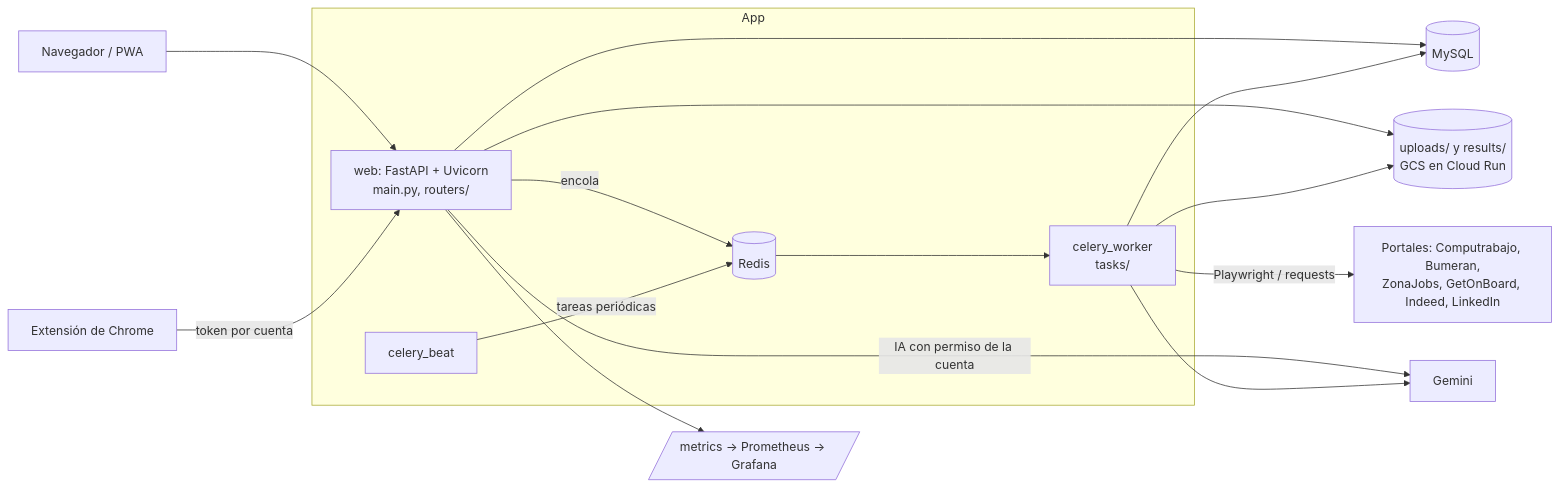
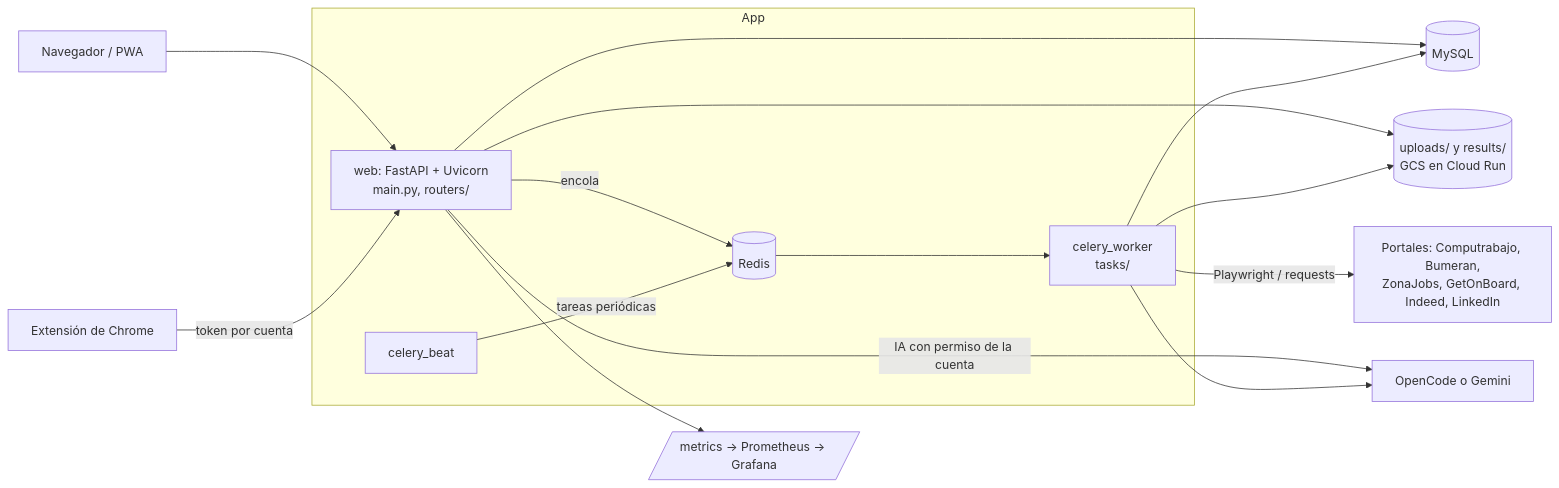
The diagram in docs/architecture.md (Fernandofarfan/ai-job-matching-platform), drawn with Mermaid before and after one commit. The commit also changed other lines of this file and 32 other files, not shown here.

Commit message:
feat(ia): OpenCode como proveedor de IA generativa en lugar de Gemini (AI_PROVIDER, OPENCODE_API_KEY)

````diff
--- a/docs/architecture.md
+++ b/docs/architecture.md
@@ -8,18 +8,18 @@
 ```mermaid
 flowchart LR
     U[Navegador / PWA] --> W
     X[Extensión de Chrome] -->|token por cuenta| W
     subgraph App
       W[web: FastAPI + Uvicorn<br/>main.py, routers/] -->|encola| R[(Redis)]
       R --> C[celery_worker<br/>tasks/]
       B[celery_beat] -->|tareas periódicas| R
     end
     W --> DB[(MySQL)]
     C --> DB
     W --> FS[(uploads/ y results/<br/>GCS en Cloud Run)]
     C --> FS
     C -->|Playwright / requests| P[Portales: Computrabajo, Bumeran,<br/>ZonaJobs, GetOnBoard, Indeed, LinkedIn]
-    W -->|IA con permiso de la cuenta| G[Gemini]
+    W -->|IA con permiso de la cuenta| G[OpenCode o Gemini]
     C --> G
     W --> M[/metrics → Prometheus → Grafana/]
 ```
````
